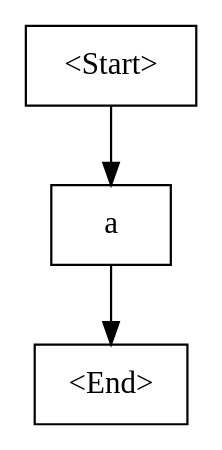
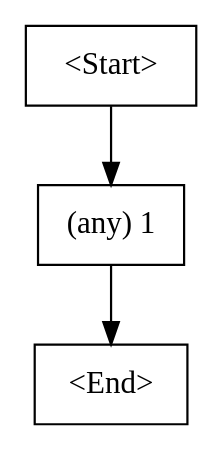
Before and after one commit to jayshiai/Cyclone: the diagram in cfg.dot, drawn with Graphviz. The commit also changed 16 other files, not shown here.

```diff
--- a/cfg.dot
+++ b/cfg.dot
@@ -1,8 +1,8 @@
 digraph G {
     N0 [label = "<Start>" shape = box]
-    N1 [label = "a
+    N1 [label = "(any) 1
 " shape = box]
     N2 [label = "<End>" shape = box]
     N0 -> N1 [label = ""]
     N1 -> N2 [label = ""]
 }
```
